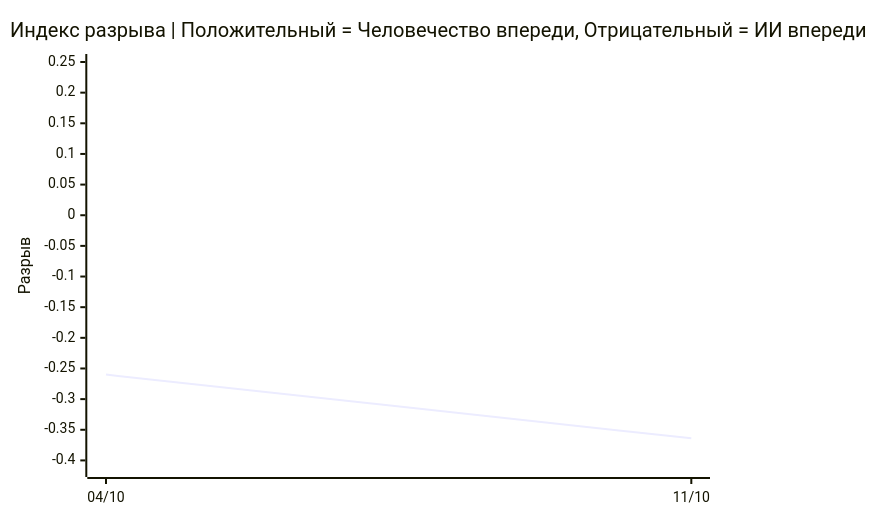
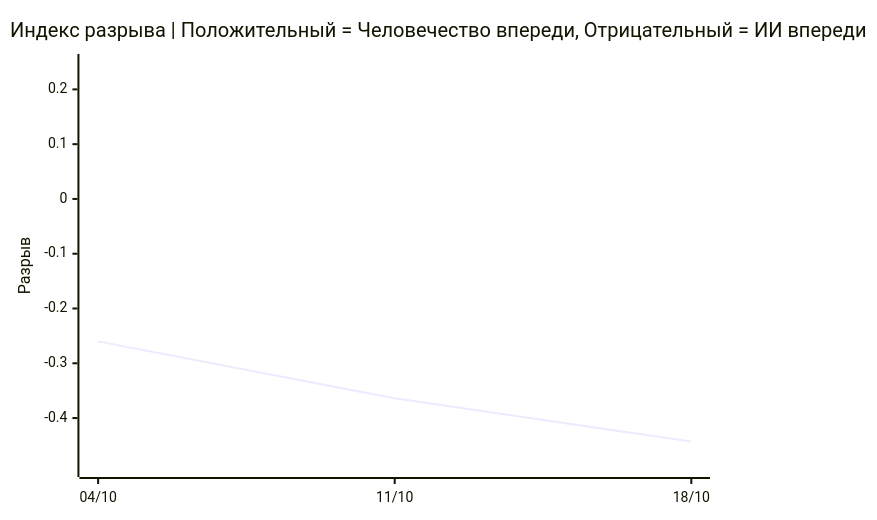
Before and after one commit to VQQLK/Human-AI-Monitor: the second of 3 diagrams in README.ru.md, drawn with Mermaid. The commit also changed other lines of this file and 10 other files, not shown here.

````diff
--- a/README.ru.md
+++ b/README.ru.md
@@ -44,7 +44,7 @@
 ```mermaid
 xychart-beta
     title "Индекс разрыва | Положительный = Человечество впереди, Отрицательный = ИИ впереди"
-    x-axis ["04/10", "11/10"]
-    y-axis "Разрыв" -0.414 --> 0.250
-    line [-0.260, -0.364]
+    x-axis ["04/10", "11/10", "18/10"]
+    y-axis "Разрыв" -0.493 --> 0.250
+    line [-0.260, -0.364, -0.443]
 ```
````
